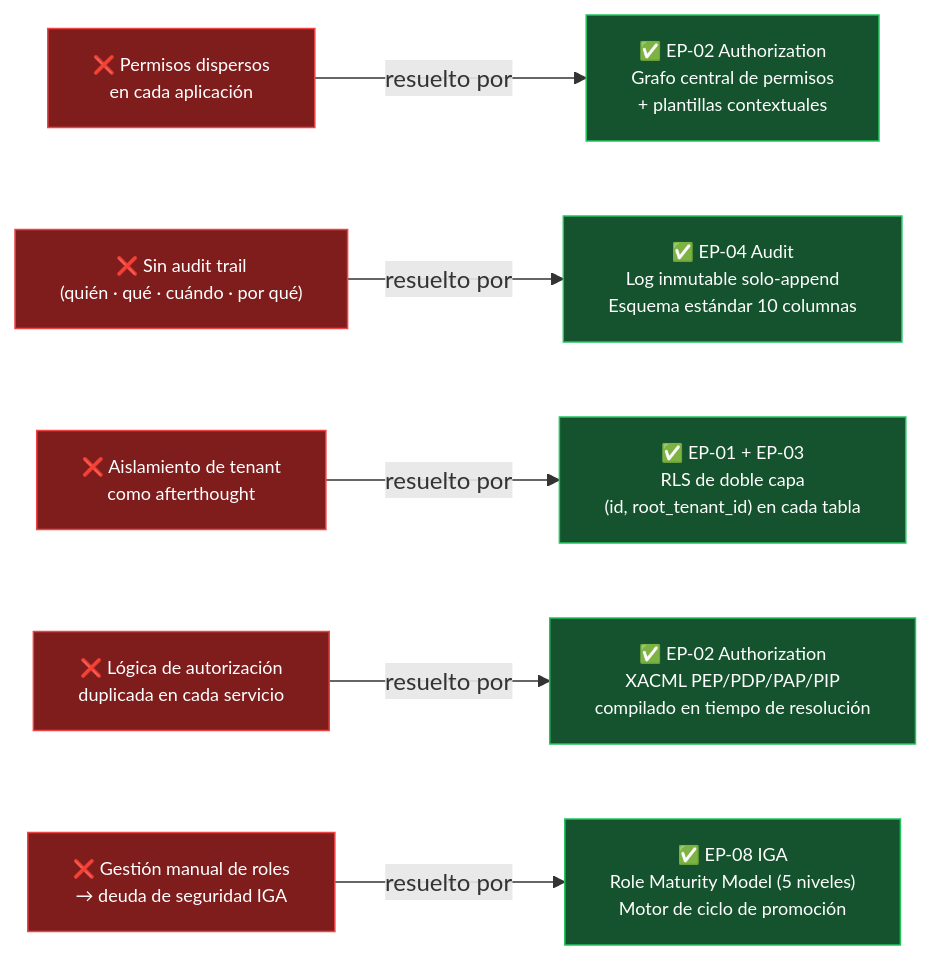
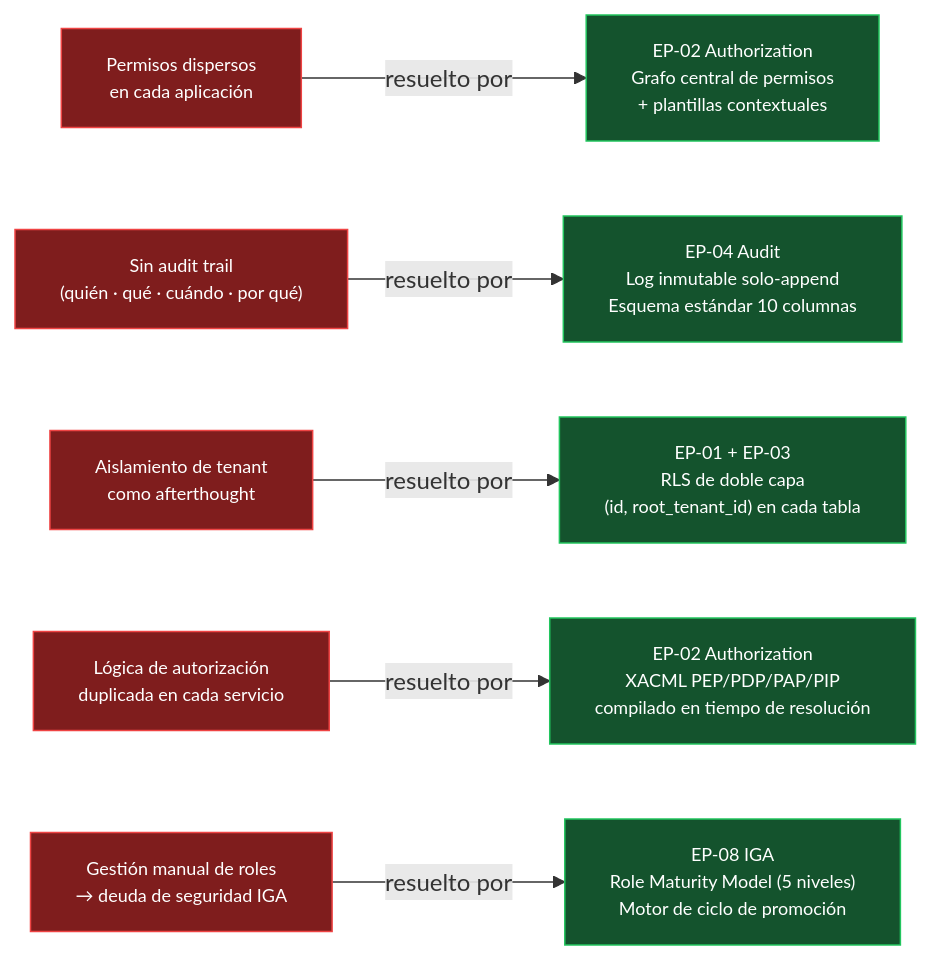
One commit to beyondnetcode/evolith_arch32 changed the first of 7 diagrams in reference/knowledge/demo/ums-technical-overview.es.md. Above: the diagram before and after it, drawn with Mermaid. The commit also changed other lines of this file and 41 other files, not shown here.

````diff
--- a/reference/knowledge/demo/ums-technical-overview.es.md
+++ b/reference/knowledge/demo/ums-technical-overview.es.md
@@ -30,23 +30,23 @@
 ```mermaid
 flowchart LR
     classDef problem fill:#7f1d1d,stroke:#ef4444,color:#fff,font-size:12px
     classDef solution fill:#14532d,stroke:#22c55e,color:#fff,font-size:12px
 
-    P1["❌ Permisos dispersos\nen cada aplicación"]:::problem
-    P2["❌ Sin audit trail\n(quién · qué · cuándo · por qué)"]:::problem
-    P3["❌ Aislamiento de tenant\ncomo afterthought"]:::problem
-    P4["❌ Lógica de autorización\nduplicada en cada servicio"]:::problem
-    P5["❌ Gestión manual de roles\n→ deuda de seguridad IGA"]:::problem
+    P1[" Permisos dispersos\nen cada aplicación"]:::problem
+    P2[" Sin audit trail\n(quién · qué · cuándo · por qué)"]:::problem
+    P3[" Aislamiento de tenant\ncomo afterthought"]:::problem
+    P4[" Lógica de autorización\nduplicada en cada servicio"]:::problem
+    P5[" Gestión manual de roles\n→ deuda de seguridad IGA"]:::problem
 
-    S1["✅ EP-02 Authorization\nGrafo central de permisos\n+ plantillas contextuales"]:::solution
-    S2["✅ EP-04 Audit\nLog inmutable solo-append\nEsquema estándar 10 columnas"]:::solution
-    S3["✅ EP-01 + EP-03\nRLS de doble capa\n(id, root_tenant_id) en cada tabla"]:::solution
-    S4["✅ EP-02 Authorization\nXACML PEP/PDP/PAP/PIP\ncompilado en tiempo de resolución"]:::solution
-    S5["✅ EP-08 IGA\nRole Maturity Model (5 niveles)\nMotor de ciclo de promoción"]:::solution
+    S1[" EP-02 Authorization\nGrafo central de permisos\n+ plantillas contextuales"]:::solution
+    S2[" EP-04 Audit\nLog inmutable solo-append\nEsquema estándar 10 columnas"]:::solution
+    S3[" EP-01 + EP-03\nRLS de doble capa\n(id, root_tenant_id) en cada tabla"]:::solution
+    S4[" EP-02 Authorization\nXACML PEP/PDP/PAP/PIP\ncompilado en tiempo de resolución"]:::solution
+    S5[" EP-08 IGA\nRole Maturity Model (5 niveles)\nMotor de ciclo de promoción"]:::solution
 
     P1 -->|"resuelto por"| S1
     P2 -->|"resuelto por"| S2
     P3 -->|"resuelto por"| S3
     P4 -->|"resuelto por"| S4
     P5 -->|"resuelto por"| S5
 ```
````
